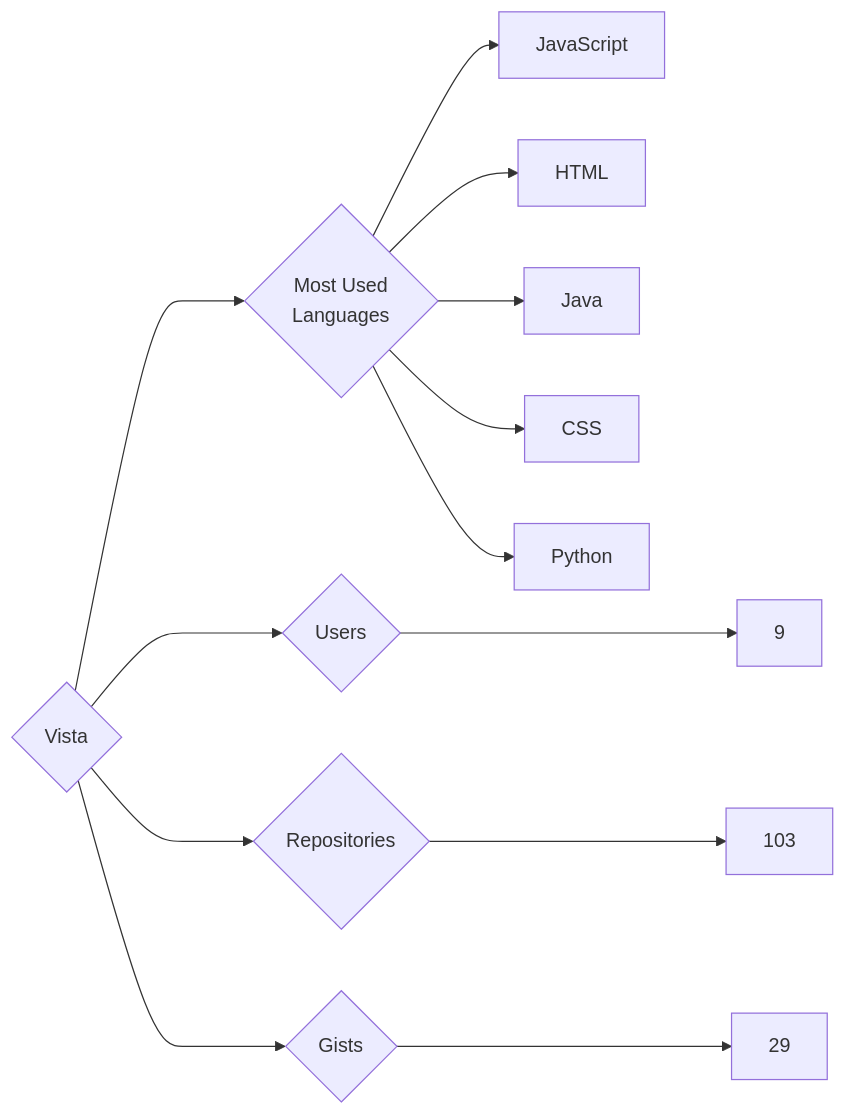
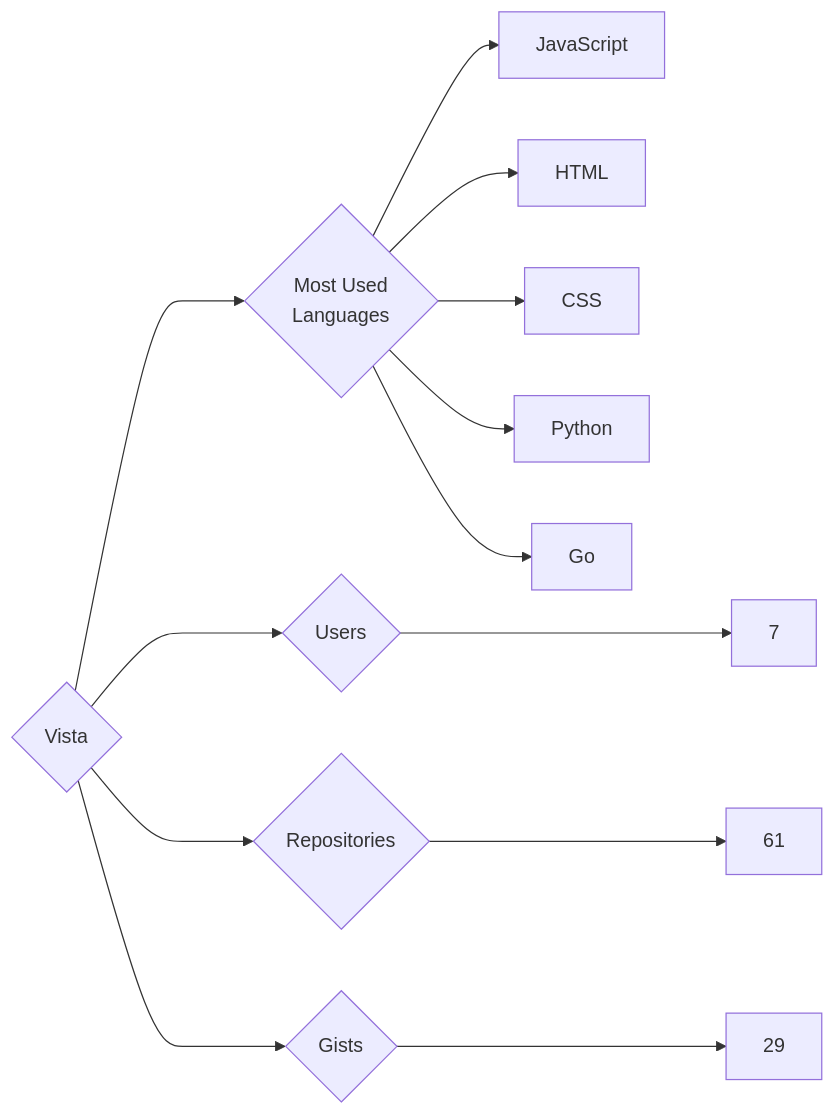
Before and after one commit to trickest/insiders: the diagram in targets/Vista/README.md, drawn with Mermaid. The commit also changed 681 other files, not shown here.

````diff
--- a/targets/Vista/README.md
+++ b/targets/Vista/README.md
@@ -3,13 +3,13 @@
 ```mermaid
 graph LR
 COMPANY_NAME{Vista}
-COMPANY_NAME ---> U{Users} ---> UN[9]
-COMPANY_NAME ---> R{Repositories} ---> RN[103]
+COMPANY_NAME ---> U{Users} ---> UN[7]
+COMPANY_NAME ---> R{Repositories} ---> RN[61]
 COMPANY_NAME ---> G{Gists} ---> GN[29]
 COMPANY_NAME ---> ML{Most Used<br>Languages}
 ML --> JavaScript[JavaScript]
 ML --> HTML[HTML]
-ML --> Java[Java]
 ML --> CSS[CSS]
 ML --> Python[Python]
+ML --> Go[Go]
 ```
````
